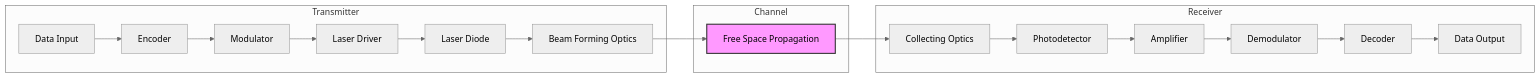
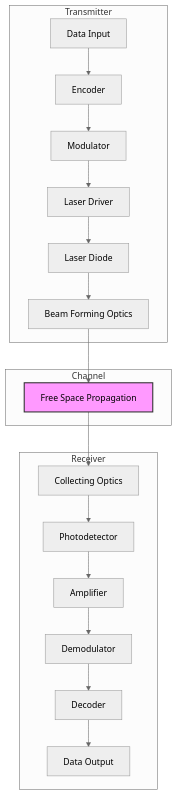
One commit to r04nx/obsidian changed the second of 10 diagrams in ofc.md. Above: the diagram before and after it, drawn with Mermaid (neutral theme). The commit also changed other lines of this file, not shown here.

````diff
--- a/ofc.md
+++ b/ofc.md
@@ -65,25 +65,25 @@
 ```mermaid
-graph LR
+graph TD
     subgraph "Transmitter"
         A[Data Input] --> B[Encoder]
         B --> C[Modulator]
         C --> D[Laser Driver]
         D --> E[Laser Diode]
         E --> F[Beam Forming Optics]
     end
     
     subgraph "Channel"
         F --> G[Free Space Propagation]
     end
     
     subgraph "Receiver"
         G --> H[Collecting Optics]
         H --> I[Photodetector]
         I --> J[Amplifier]
         J --> K[Demodulator]
         K --> L[Decoder]
         L --> M[Data Output]
     end
     
     style G fill:#f9f,stroke:#333,stroke-width:2px
 ```
````
